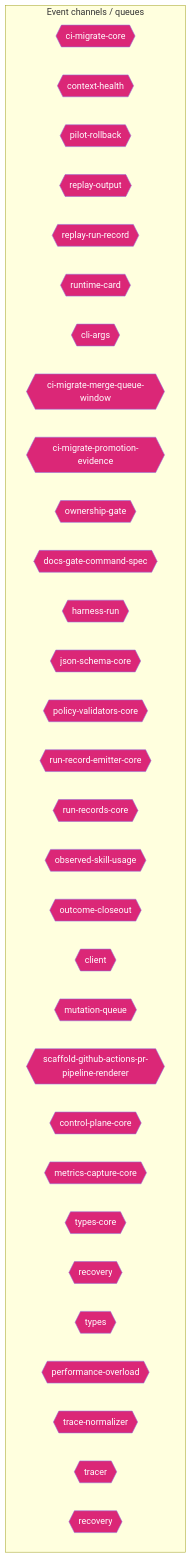
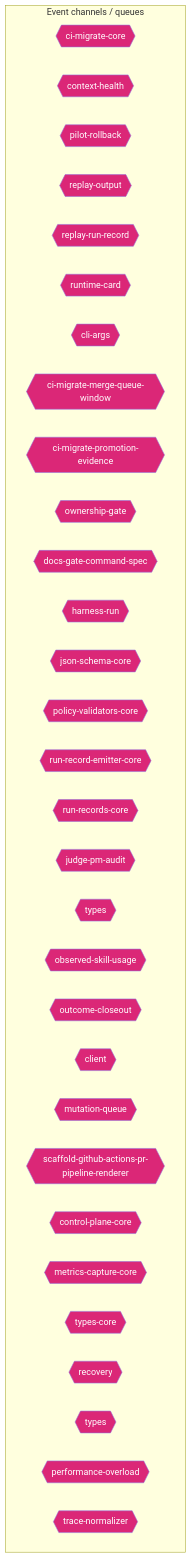
Before and after one commit to jscraik/coding-harness: the ninth of 14 diagrams in AI/context/diagram-context.md, drawn with Mermaid. The commit also changed other lines of this file and 21 other files, not shown here.

First line of the commit message:
feat(delivery-truth): add judge pm audit gate (#306)

````diff
--- a/AI/context/diagram-context.md
+++ b/AI/context/diagram-context.md
@@ -1004,38 +1014,38 @@
 ```mermaid
 flowchart TD
   subgraph Channels["Event channels / queues"]
     ci_migrate_core_7005b5af{{"ci-migrate-core"}}
     context_health_80bb7da9{{"context-health"}}
     pilot_rollback_00c1f82c{{"pilot-rollback"}}
     replay_output_993eda9e{{"replay-output"}}
     replay_run_record_9a08cce2{{"replay-run-record"}}
     runtime_card_e06b53e1{{"runtime-card"}}
     cli_args_1_6144b055{{"cli-args"}}
     ci_migrate_merge_queue_window_0070bd6d{{"ci-migrate-merge-queue-window"}}
     ci_migrate_promotion_evidence_1a2dc527{{"ci-migrate-promotion-evidence"}}
     ownership_gate_2e194d13{{"ownership-gate"}}
     docs_gate_command_spec_16795187{{"docs-gate-command-spec"}}
     harness_run_c0761792{{"harness-run"}}
     json_schema_core_96d7e328{{"json-schema-core"}}
     policy_validators_core_714a3fe7{{"policy-validators-core"}}
     run_record_emitter_core_688049d5{{"run-record-emitter-core"}}
     run_records_core_89286dfa{{"run-records-core"}}
+    judge_pm_audit_ccd20b35{{"judge-pm-audit"}}
+    types_6_1818fb91{{"types"}}
     observed_skill_usage_ed7d5930{{"observed-skill-usage"}}
     outcome_closeout_ba497ec2{{"outcome-closeout"}}
     client_948fe603{{"client"}}
     mutation_queue_ce5a530e{{"mutation-queue"}}
     scaffold_github_actions_pr_pipeline_renderer_1ee18de5{{"scaffold-github-actions-pr-pipeline-renderer"}}
     control_plane_core_db3b4cb2{{"control-plane-core"}}
     metrics_capture_core_db4bf7cf{{"metrics-capture-core"}}
     types_core_1_8bd0f8fd{{"types-core"}}
     recovery_8c585378{{"recovery"}}
     types_18_37582e2a{{"types"}}
     performance_overload_c685bfcf{{"performance-overload"}}
     trace_normalizer_cb1be1d2{{"trace-normalizer"}}
-    tracer_1e6243a2{{"tracer"}}
-    recovery_1_4d1804ab{{"recovery"}}
   end
   classDef eventNode fill:#db2777,color:#fff
-  class ci_migrate_core_7005b5af,context_health_80bb7da9,pilot_rollback_00c1f82c,replay_output_993eda9e,replay_run_record_9a08cce2,runtime_card_e06b53e1,cli_args_1_6144b055,ci_migrate_merge_queue_window_0070bd6d,ci_migrate_promotion_evidence_1a2dc527,ownership_gate_2e194d13,docs_gate_command_spec_16795187,harness_run_c0761792,json_schema_core_96d7e328,policy_validators_core_714a3fe7,run_record_emitter_core_688049d5,run_records_core_89286dfa,observed_skill_usage_ed7d5930,outcome_closeout_ba497ec2,client_948fe603,mutation_queue_ce5a530e,scaffold_github_actions_pr_pipeline_renderer_1ee18de5,control_plane_core_db3b4cb2,metrics_capture_core_db4bf7cf,types_core_1_8bd0f8fd,recovery_8c585378,types_18_37582e2a,performance_overload_c685bfcf,trace_normalizer_cb1be1d2,tracer_1e6243a2,recovery_1_4d1804ab eventNode
+  class ci_migrate_core_7005b5af,context_health_80bb7da9,pilot_rollback_00c1f82c,replay_output_993eda9e,replay_run_record_9a08cce2,runtime_card_e06b53e1,cli_args_1_6144b055,ci_migrate_merge_queue_window_0070bd6d,ci_migrate_promotion_evidence_1a2dc527,ownership_gate_2e194d13,docs_gate_command_spec_16795187,harness_run_c0761792,json_schema_core_96d7e328,policy_validators_core_714a3fe7,run_record_emitter_core_688049d5,run_records_core_89286dfa,judge_pm_audit_ccd20b35,types_6_1818fb91,observed_skill_usage_ed7d5930,outcome_closeout_ba497ec2,client_948fe603,mutation_queue_ce5a530e,scaffold_github_actions_pr_pipeline_renderer_1ee18de5,control_plane_core_db3b4cb2,metrics_capture_core_db4bf7cf,types_core_1_8bd0f8fd,recovery_8c585378,types_18_37582e2a,performance_overload_c685bfcf,trace_normalizer_cb1be1d2 eventNode
 
 ```
````
